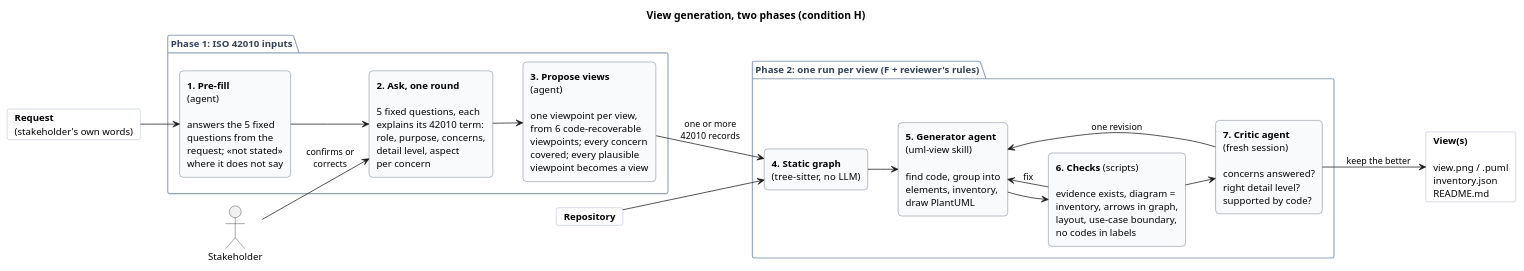
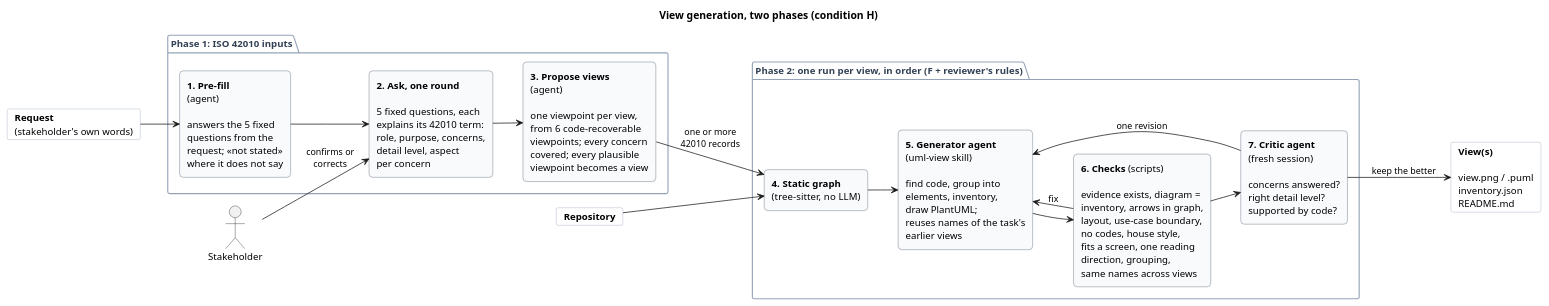
One commit to sa4s-serc/task2View changed the diagram in experiments/view-generation-2026-10/docs/architecture-H.puml. Above: the diagram before and after it, drawn with PlantUML. The commit also changed 5 other files, not shown here.

Commit message:
H: readability checks (house style, fit, flow, grouping) and cross-view name consistency

```diff
--- a/experiments/view-generation-2026-10/docs/architecture-H.puml
+++ b/experiments/view-generation-2026-10/docs/architecture-H.puml
@@ -1,53 +1,53 @@
 @startuml
 title View generation, two phases (condition H)
 left to right direction
 skinparam defaultFontName Helvetica
 skinparam defaultFontSize 13
 skinparam ArrowFontSize 12
 skinparam rectangleRoundCorner 10
 skinparam nodesep 35
 skinparam ranksep 40
 skinparam rectangle {
   BackgroundColor #F8FAFC
   BorderColor #475569
 }
 skinparam card {
   BackgroundColor #FFFFFF
   BorderColor #94A3B8
 }
 skinparam package {
   BorderColor #94A3B8
   FontColor #334155
 }
 
 card "**Request**\n(stakeholder's own words)" as req
 card "**Repository**" as repo
 actor "Stakeholder" as sh
 
 package "Phase 1: ISO 42010 inputs" {
   rectangle "**1. Pre-fill**\n(agent)\n\nanswers the 5 fixed\nquestions from the\nrequest; «not stated»\nwhere it does not say" as pre
   rectangle "**2. Ask, one round**\n\n5 fixed questions, each\nexplains its 42010 term:\nrole, purpose, concerns,\ndetail level, aspect\nper concern" as ask
   rectangle "**3. Propose views**\n(agent)\n\none viewpoint per view,\nfrom 6 code-recoverable\nviewpoints; every concern\ncovered; every plausible\nviewpoint becomes a view" as prop
 }
 
-package "Phase 2: one run per view (F + reviewer's rules)" {
+package "Phase 2: one run per view, in order (F + reviewer's rules)" {
   rectangle "**4. Static graph**\n(tree-sitter, no LLM)" as graph
-  rectangle "**5. Generator agent**\n(uml-view skill)\n\nfind code, group into\nelements, inventory,\ndraw PlantUML" as gen
-  rectangle "**6. Checks** (scripts)\n\nevidence exists, diagram =\ninventory, arrows in graph,\nlayout, use-case boundary,\nno codes in labels" as chk
+  rectangle "**5. Generator agent**\n(uml-view skill)\n\nfind code, group into\nelements, inventory,\ndraw PlantUML;\nreuses names of the task's\nearlier views" as gen
+  rectangle "**6. Checks** (scripts)\n\nevidence exists, diagram =\ninventory, arrows in graph,\nlayout, use-case boundary,\nno codes, house style,\nfits a screen, one reading\ndirection, grouping,\nsame names across views" as chk
   rectangle "**7. Critic agent**\n(fresh session)\n\nconcerns answered?\nright detail level?\nsupported by code?" as critic
 }
 card "**View(s)**\n\nview.png / .puml\ninventory.json\nREADME.md" as out
 
 req --> pre
 pre --> ask
 sh --> ask : confirms or\ncorrects
 ask --> prop
 prop --> graph : one or more\n42010 records
 repo --> graph
 graph --> gen
 gen --> chk
 chk --> gen : fix
 chk --> critic
 critic --> gen : one revision
 critic --> out : keep the better
 @enduml
```
